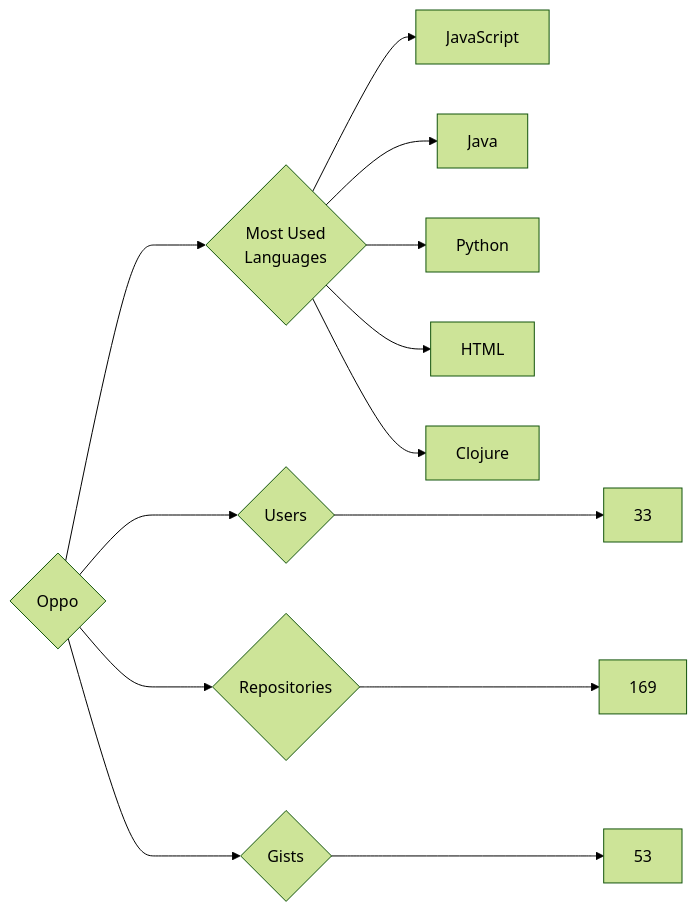
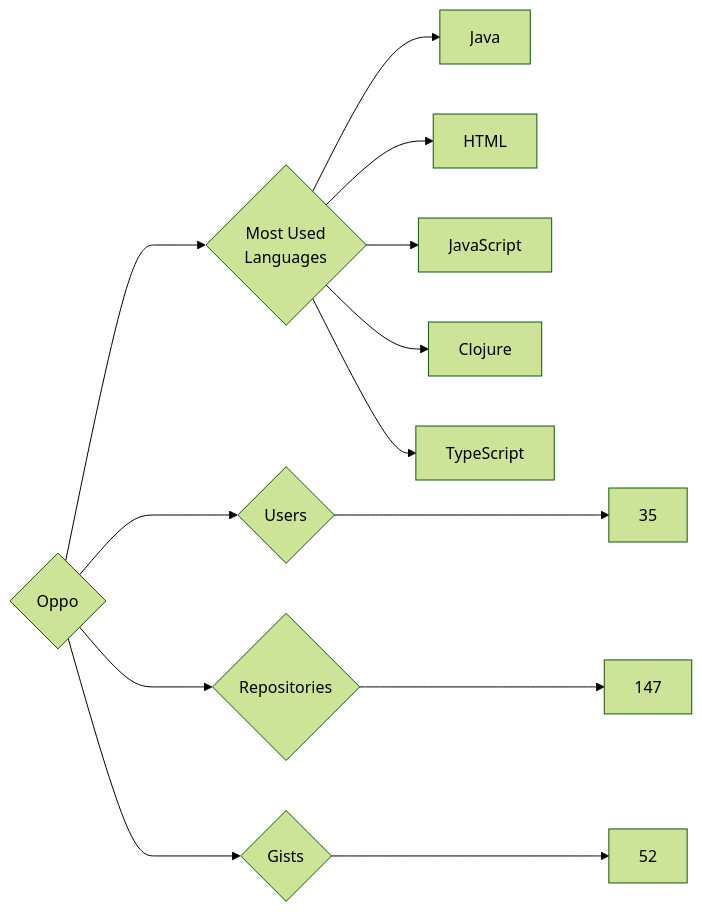
One commit to trickest/insiders changed the diagram in targets/Oppo/README.md. Above: the diagram before and after it, drawn with Mermaid (forest theme). The commit also changed 964 other files, not shown here.

````diff
--- a/targets/Oppo/README.md
+++ b/targets/Oppo/README.md
@@ -3,13 +3,13 @@
 ```mermaid
 graph LR
 COMPANY_NAME{Oppo}
-COMPANY_NAME ---> U{Users} ---> UN[33]
-COMPANY_NAME ---> R{Repositories} ---> RN[169]
-COMPANY_NAME ---> G{Gists} ---> GN[53]
+COMPANY_NAME ---> U{Users} ---> UN[35]
+COMPANY_NAME ---> R{Repositories} ---> RN[147]
+COMPANY_NAME ---> G{Gists} ---> GN[52]
 COMPANY_NAME ---> ML{Most Used<br>Languages}
+ML --> Java[Java]
+ML --> HTML[HTML]
 ML --> JavaScript[JavaScript]
-ML --> Java[Java]
-ML --> Python[Python]
-ML --> HTML[HTML]
 ML --> Clojure[Clojure]
+ML --> TypeScript[TypeScript]
 ```
````
